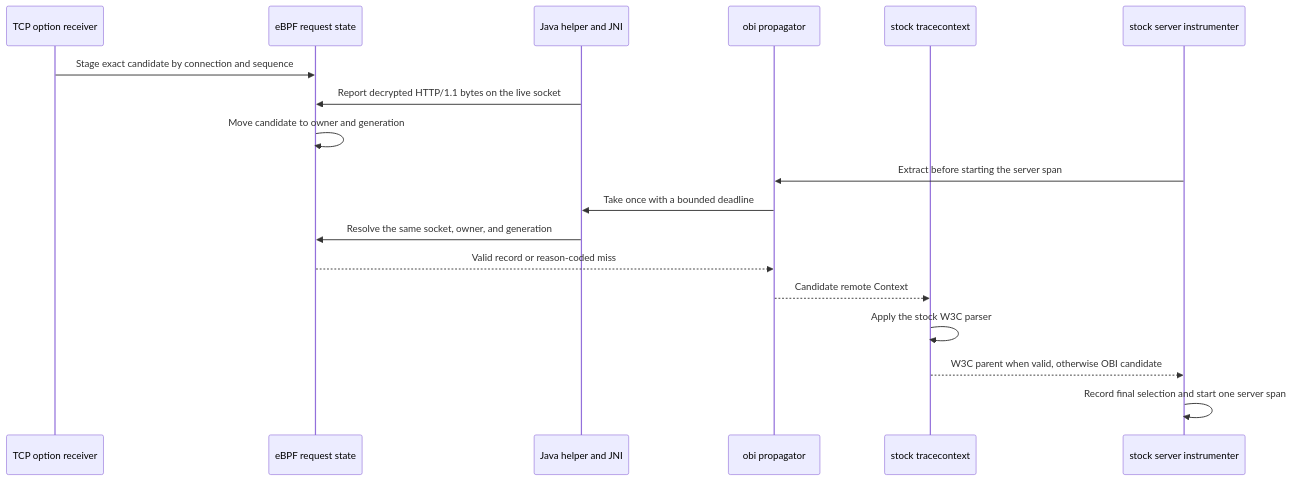
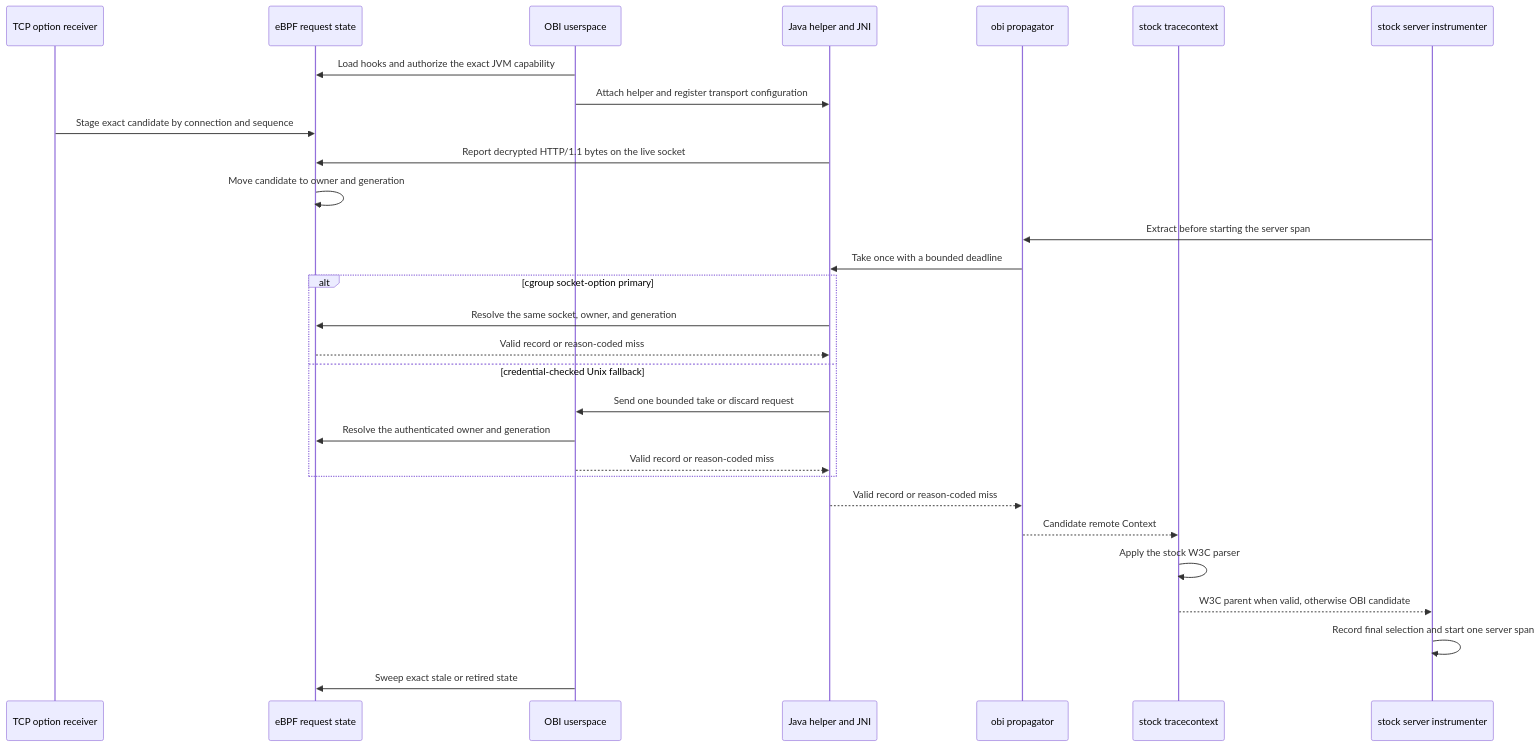
The diagram in devdocs/java-remote-parent-bridge.md (MrAlias/opentelemetry-ebpf-instrumentation), drawn with Mermaid before and after one commit. The commit also changed other lines of this file and 2 other files, not shown here.

Commit message:
docs(java): document receive-generation controls

````diff
--- a/devdocs/java-remote-parent-bridge.md
+++ b/devdocs/java-remote-parent-bridge.md
@@ -76,21 +93,32 @@
 ```mermaid
 sequenceDiagram
     participant TCP as TCP option receiver
     participant BPF as eBPF request state
+    participant Daemon as OBI userspace
     participant JNI as Java helper and JNI
-    participant OBI as obi propagator
+    participant Prop as obi propagator
     participant W3C as stock tracecontext
     participant Agent as stock server instrumenter
 
+    Daemon->>BPF: Load hooks and authorize the exact JVM capability
+    Daemon->>JNI: Attach helper and register transport configuration
     TCP->>BPF: Stage exact candidate by connection and sequence
     JNI->>BPF: Report decrypted HTTP/1.1 bytes on the live socket
     BPF->>BPF: Move candidate to owner and generation
-    Agent->>OBI: Extract before starting the server span
-    OBI->>JNI: Take once with a bounded deadline
-    JNI->>BPF: Resolve the same socket, owner, and generation
-    BPF-->>OBI: Valid record or reason-coded miss
-    OBI-->>W3C: Candidate remote Context
+    Agent->>Prop: Extract before starting the server span
+    Prop->>JNI: Take once with a bounded deadline
+    alt cgroup socket-option primary
+        JNI->>BPF: Resolve the same socket, owner, and generation
+        BPF-->>JNI: Valid record or reason-coded miss
+    else credential-checked Unix fallback
+        JNI->>Daemon: Send one bounded take or discard request
+        Daemon->>BPF: Resolve the authenticated owner and generation
+        Daemon-->>JNI: Valid record or reason-coded miss
+    end
+    JNI-->>Prop: Valid record or reason-coded miss
+    Prop-->>W3C: Candidate remote Context
     W3C->>W3C: Apply the stock W3C parser
     W3C-->>Agent: W3C parent when valid, otherwise OBI candidate
     Agent->>Agent: Record final selection and start one server span
+    Daemon->>BPF: Sweep exact stale or retired state
 ```
````
